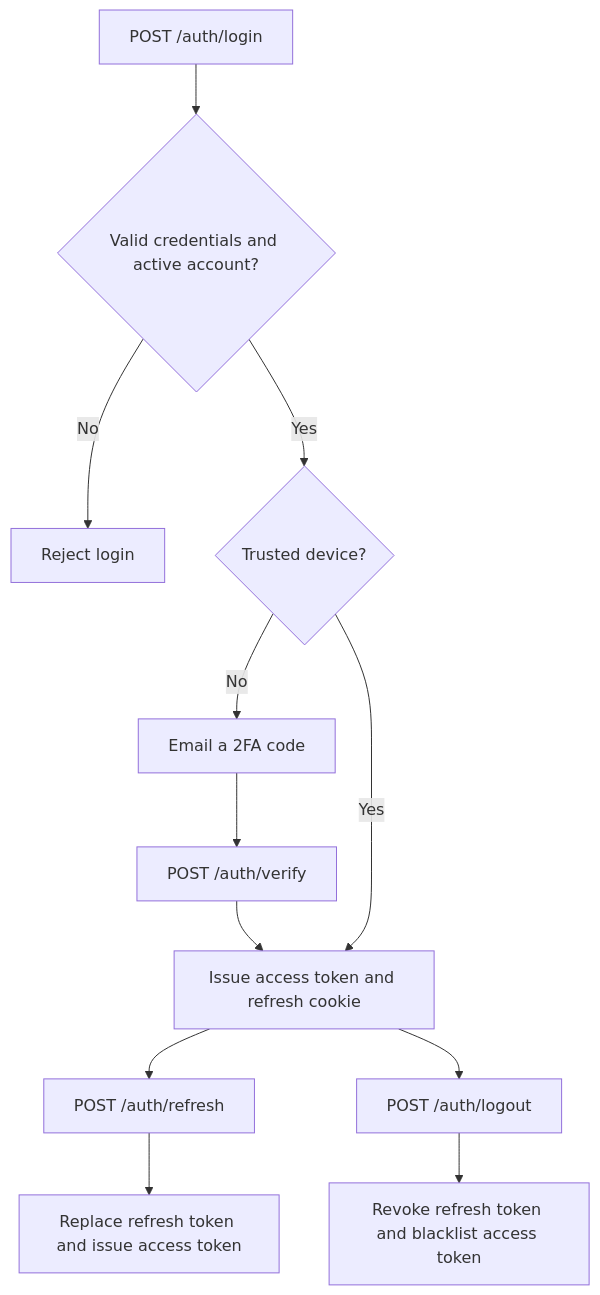
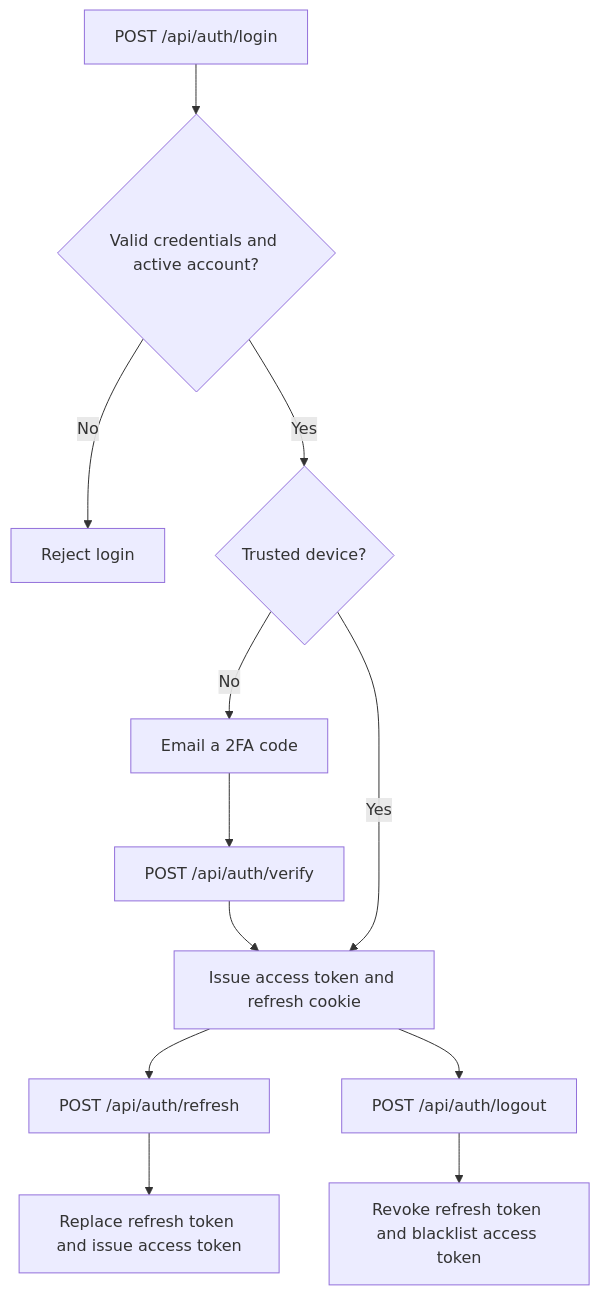
Before and after one commit to shin0bi21/program-management-app: the diagram in docs/backend/auth.md, drawn with Mermaid. The commit also changed other lines of this file and 3 other files, not shown here.

````diff
--- a/docs/backend/auth.md
+++ b/docs/backend/auth.md
@@ -8,14 +9,14 @@
 ```mermaid
 flowchart TD
-    Login[POST /auth/login] --> Credentials{Valid credentials and active account?}
+    Login[POST /api/auth/login] --> Credentials{Valid credentials and active account?}
     Credentials -->|No| Denied[Reject login]
     Credentials -->|Yes| Trusted{Trusted device?}
     Trusted -->|No| Code[Email a 2FA code]
-    Code --> Verify[POST /auth/verify]
+    Code --> Verify[POST /api/auth/verify]
     Verify --> Session[Issue access token and refresh cookie]
     Trusted -->|Yes| Session
-    Session --> Refresh[POST /auth/refresh]
+    Session --> Refresh[POST /api/auth/refresh]
     Refresh --> Rotate[Replace refresh token and issue access token]
-    Session --> Logout[POST /auth/logout]
+    Session --> Logout[POST /api/auth/logout]
     Logout --> Revoke[Revoke refresh token and blacklist access token]
 ```
````
